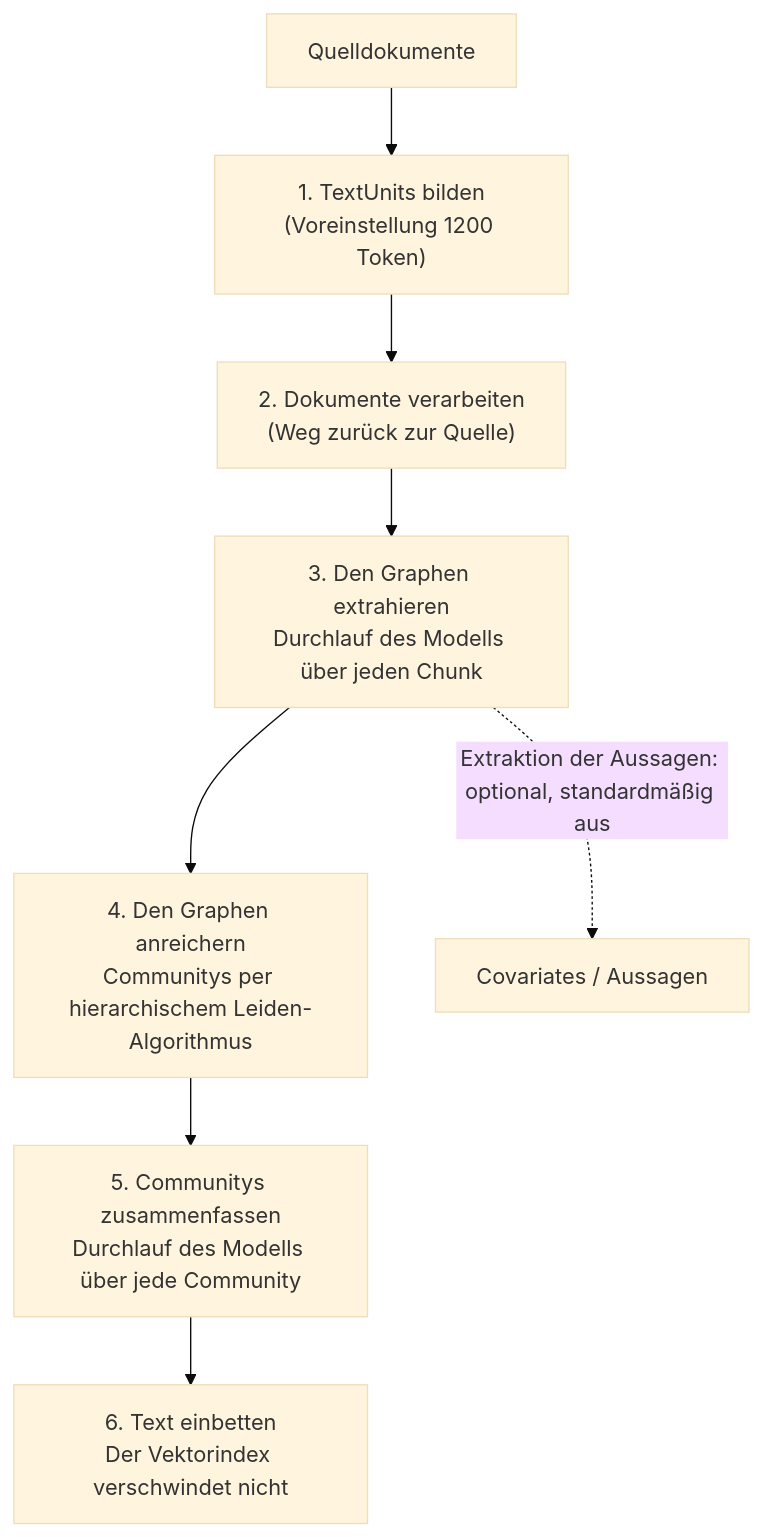
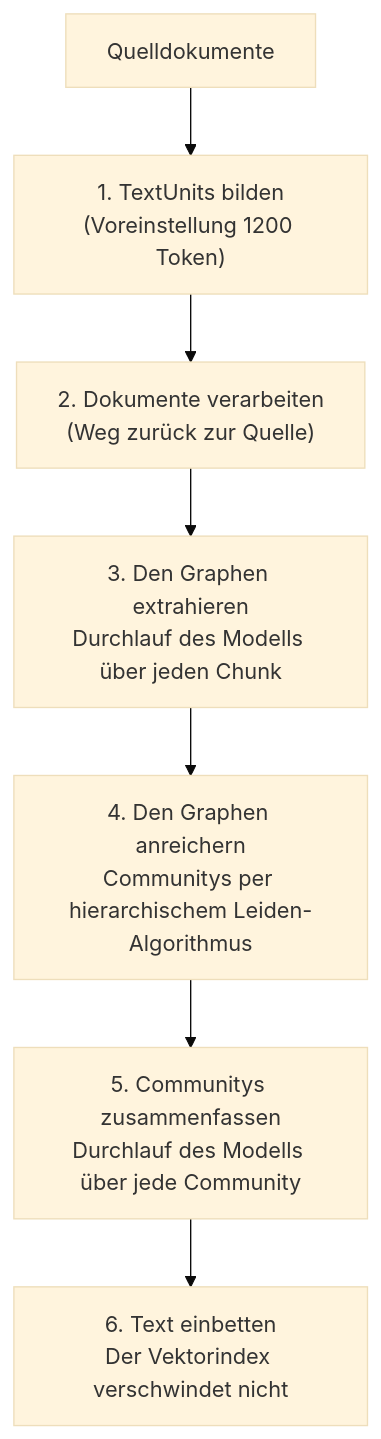
Before and after one commit to NikolaiSachok/ai-engineering-handbook: the diagram in i18n/de/docusaurus-plugin-content-docs/current/part-1-rag/structured-knowledge/deep-dive.md, drawn with Mermaid (base theme). The commit also changed 3 other files, not shown here.

First line of the commit message:
fix(diagrams): the pipeline diagram still clipped on a phone — drop the redundant side branch

````diff
--- a/i18n/de/docusaurus-plugin-content-docs/current/part-1-rag/structured-knowledge/deep-dive.md
+++ b/i18n/de/docusaurus-plugin-content-docs/current/part-1-rag/structured-knowledge/deep-dive.md
@@ -24,10 +24,9 @@
 ```mermaid
 flowchart TB
     D["Quelldokumente"] --> P1["1. TextUnits bilden<br/>(Voreinstellung 1200 Token)"]
     P1 --> P2["2. Dokumente verarbeiten<br/>(Weg zurück zur Quelle)"]
     P2 --> P3["3. Den Graphen extrahieren<br/>Durchlauf des Modells über jeden Chunk"]
     P3 --> P4["4. Den Graphen anreichern<br/>Communitys per hierarchischem Leiden-Algorithmus"]
     P4 --> P5["5. Communitys zusammenfassen<br/>Durchlauf des Modells über jede Community"]
     P5 --> P6["6. Text einbetten<br/>Der Vektorindex verschwindet nicht"]
-    P3 -.->|"Extraktion der Aussagen: optional, standardmäßig aus"| CL["Covariates / Aussagen"]
 ```
````
